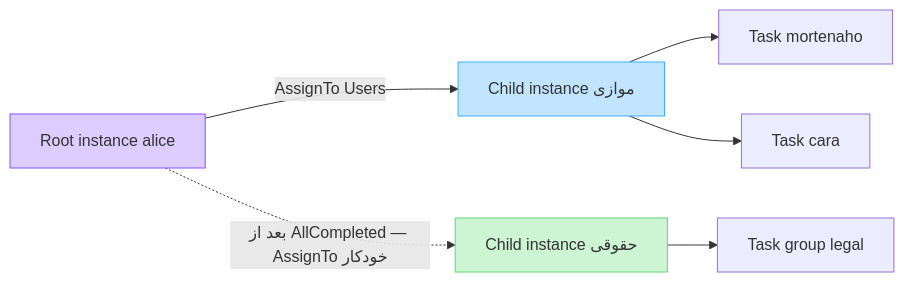
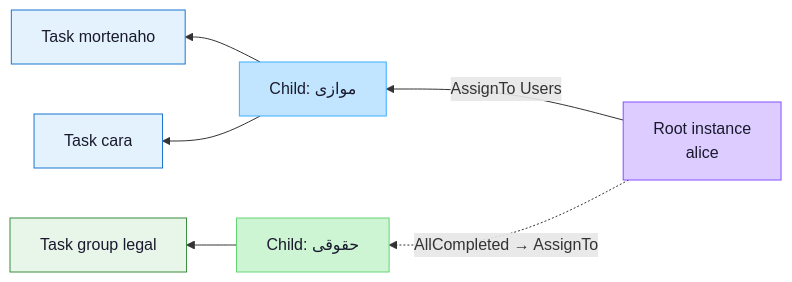
The third of 4 diagrams in docs/usage.md (mortenaho/WorkFlowEngine), drawn with Mermaid before and after one commit. The commit also changed other lines of this file and 3 other files, not shown here.

First line of the commit message:
Enhance documentation with improved Mermaid diagram styling and rendering

````diff
--- a/docs/usage.md
+++ b/docs/usage.md
@@ -223,19 +235,22 @@
 ```mermaid
-flowchart LR
-    root["Root instance alice"]
-    child1["Child instance موازی"]
-    child2["Child instance حقوقی"]
-    t1[Task mortenaho]
-    t2[Task cara]
-    t3[Task group legal]
+flowchart RL
+    root["Root instance<br/>alice"]
+    child1["Child: موازی"]
+    child2["Child: حقوقی"]
+    t1["Task mortenaho"]
+    t2["Task cara"]
+    t3["Task group legal"]
 
     root -->|"AssignTo Users"| child1
     child1 --> t1
     child1 --> t2
-    root -.->|"بعد از AllCompleted — AssignTo خودکار"| child2
+    root -.->|"AllCompleted → AssignTo"| child2
     child2 --> t3
 
-    style root fill:#DCCCFF,stroke:#874FFF
-    style child1 fill:#C2E5FF,stroke:#3DADFF
-    style child2 fill:#CDF4D3,stroke:#66D575
+    style root fill:#DCCCFF,stroke:#874FFF,color:#1a1a2e
+    style child1 fill:#C2E5FF,stroke:#3DADFF,color:#1a1a2e
+    style child2 fill:#CDF4D3,stroke:#66D575,color:#1a1a2e
+    style t1 fill:#e3f2fd,stroke:#1976d2,color:#1a1a2e
+    style t2 fill:#e3f2fd,stroke:#1976d2,color:#1a1a2e
+    style t3 fill:#e8f5e9,stroke:#388e3c,color:#1a1a2e
 ```
````
